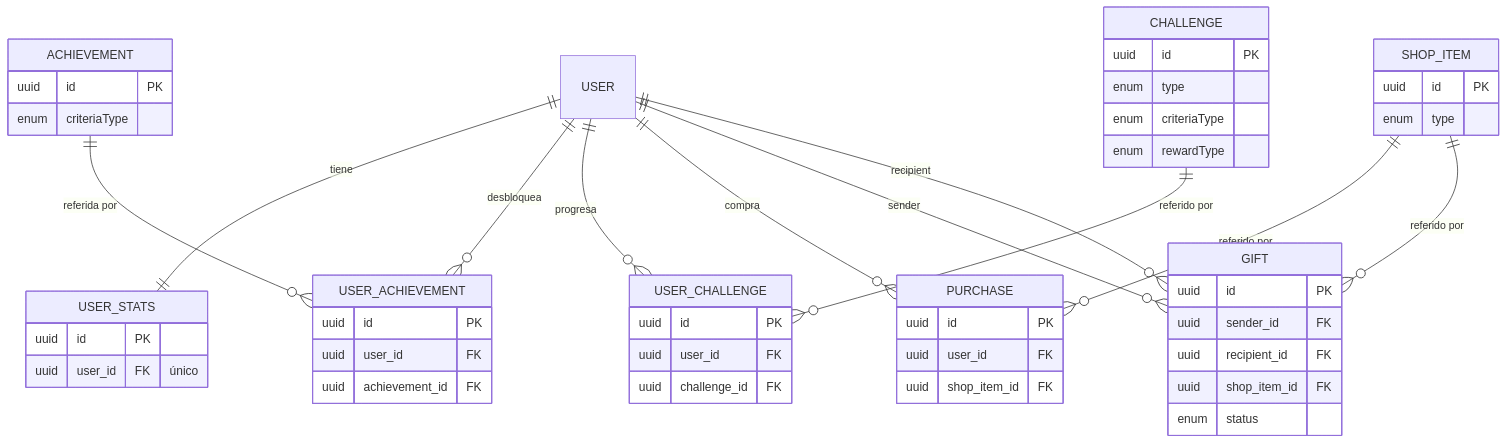
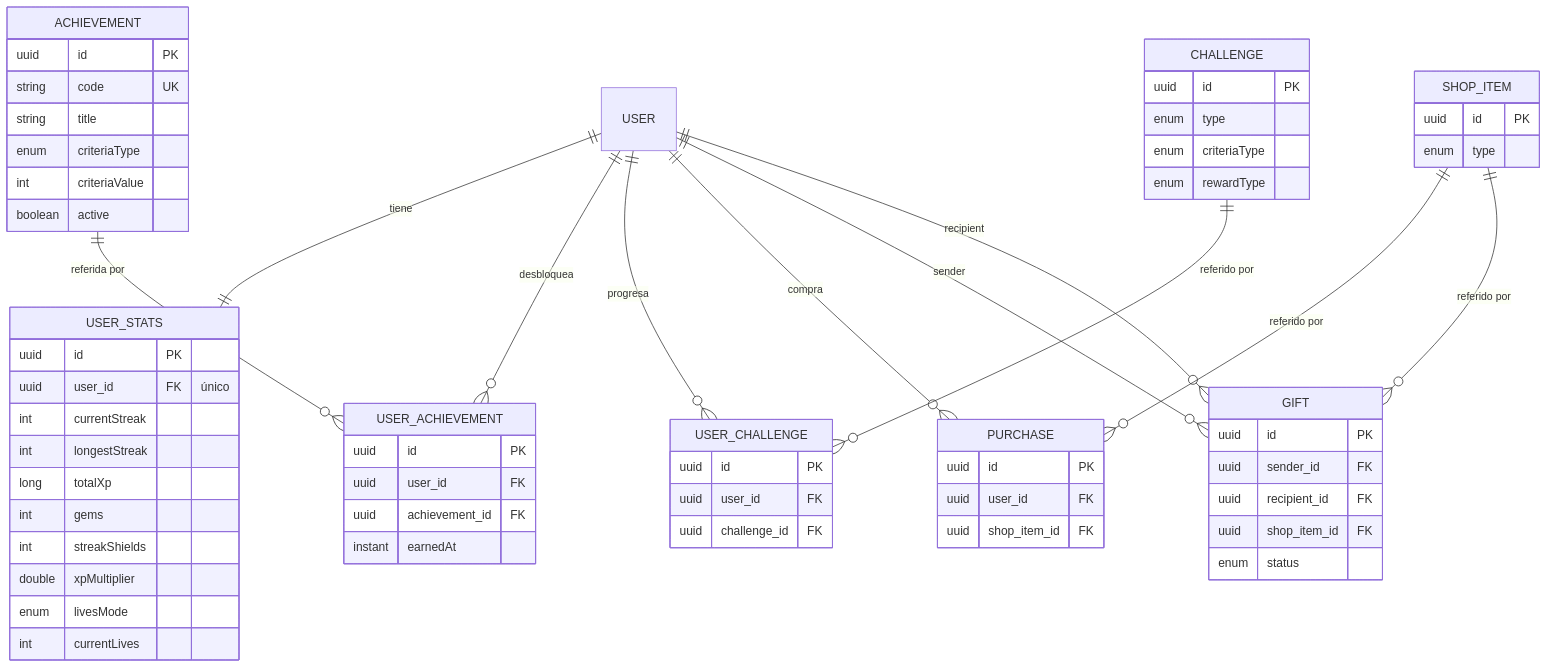
Before and after one commit to signasource/signa-api: the fourth of 5 diagrams in docs/diagrams/er.md, drawn with Mermaid. The commit also changed other lines of this file and 1 other file, not shown here.

Commit message:
docs: documenta logros e inventario de gamificación

````diff
--- a/docs/diagrams/er.md
+++ b/docs/diagrams/er.md
@@ -131,54 +134,67 @@
 ```mermaid
 erDiagram
     USER ||--|| USER_STATS : tiene
     USER ||--o{ USER_ACHIEVEMENT : desbloquea
     USER ||--o{ USER_CHALLENGE : progresa
     USER ||--o{ PURCHASE : compra
     USER ||--o{ GIFT : "sender"
     USER ||--o{ GIFT : "recipient"
     ACHIEVEMENT ||--o{ USER_ACHIEVEMENT : "referida por"
     CHALLENGE ||--o{ USER_CHALLENGE : "referido por"
     SHOP_ITEM ||--o{ PURCHASE : "referido por"
     SHOP_ITEM ||--o{ GIFT : "referido por"
 
     USER_STATS {
         uuid id PK
         uuid user_id FK "único"
+        int currentStreak
+        int longestStreak
+        long totalXp
+        int gems
+        int streakShields
+        double xpMultiplier
+        enum livesMode
+        int currentLives
     }
     ACHIEVEMENT {
         uuid id PK
+        string code UK
+        string title
         enum criteriaType
+        int criteriaValue
+        boolean active
     }
     USER_ACHIEVEMENT {
         uuid id PK
         uuid user_id FK
         uuid achievement_id FK
+        instant earnedAt
     }
     CHALLENGE {
         uuid id PK
         enum type
         enum criteriaType
         enum rewardType
     }
     USER_CHALLENGE {
         uuid id PK
         uuid user_id FK
         uuid challenge_id FK
     }
     SHOP_ITEM {
         uuid id PK
         enum type
     }
     PURCHASE {
         uuid id PK
         uuid user_id FK
         uuid shop_item_id FK
     }
     GIFT {
         uuid id PK
         uuid sender_id FK
         uuid recipient_id FK
         uuid shop_item_id FK
         enum status
     }
 ```
````
